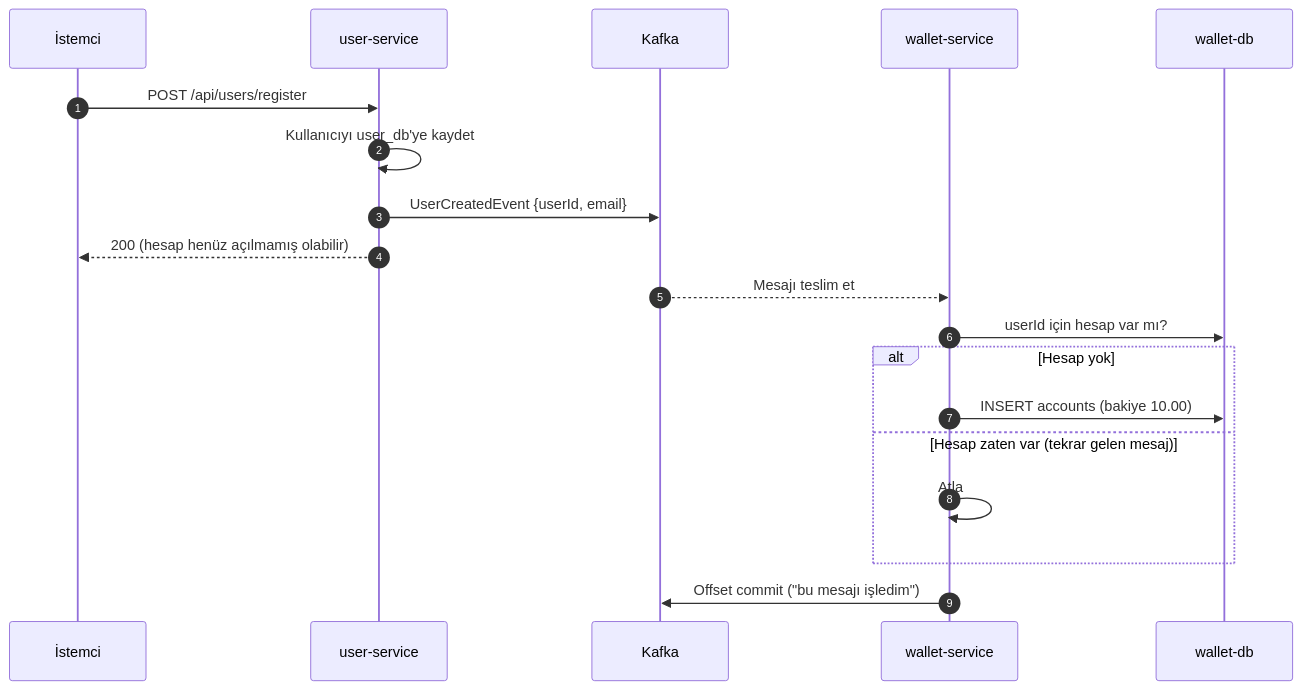
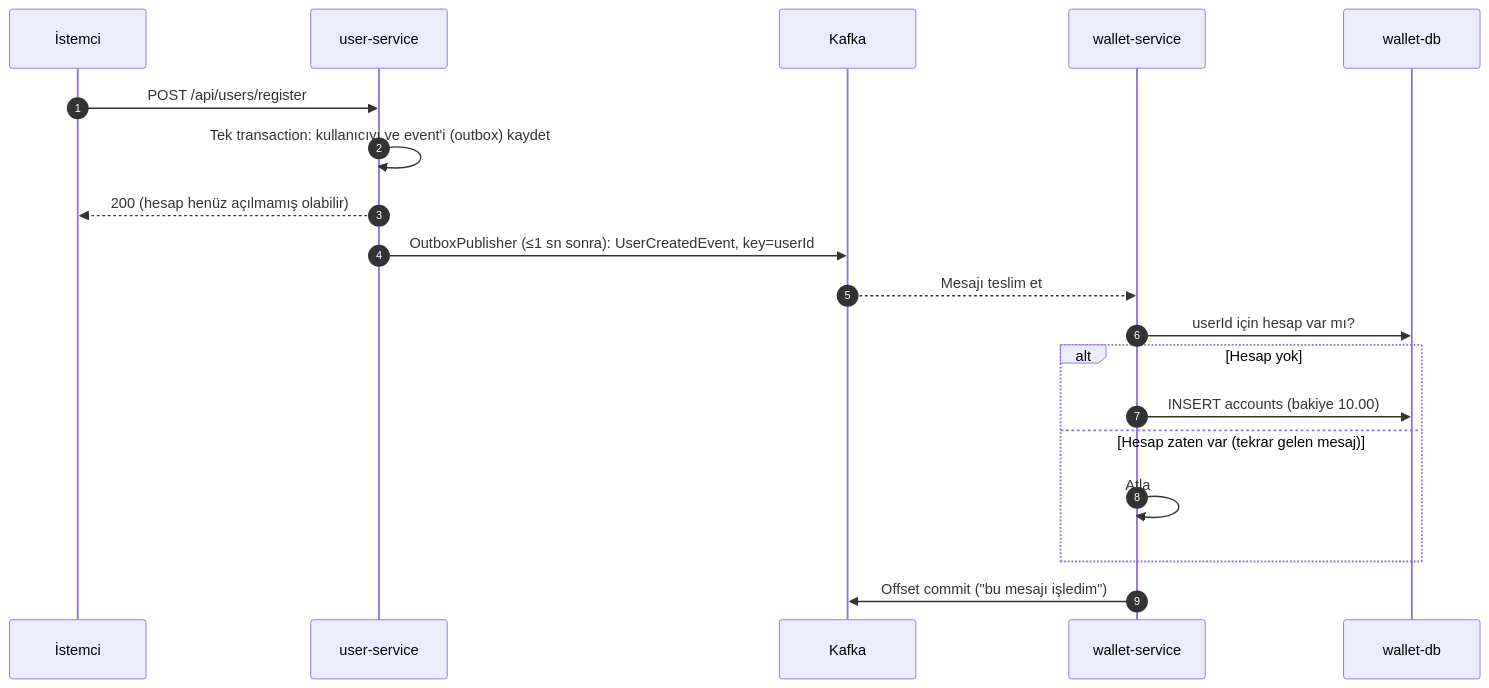
Before and after one commit to merveartut/microservice-wallet-spring: the second of 4 diagrams in docs/kafka-kilavuzu.md, drawn with Mermaid. The commit also changed other lines of this file and 5 other files, not shown here.

````diff
--- a/docs/kafka-kilavuzu.md
+++ b/docs/kafka-kilavuzu.md
@@ -81,22 +82,22 @@
 ```mermaid
 sequenceDiagram
     autonumber
     participant C as İstemci
     participant US as user-service
     participant K as Kafka
     participant WS as wallet-service
     participant DB as wallet-db
 
     C->>US: POST /api/users/register
-    US->>US: Kullanıcıyı user_db'ye kaydet
-    US->>K: UserCreatedEvent {userId, email}
+    US->>US: Tek transaction: kullanıcıyı ve event'i (outbox) kaydet
     US-->>C: 200 (hesap henüz açılmamış olabilir)
+    US->>K: OutboxPublisher (≤1 sn sonra): UserCreatedEvent, key=userId
     K-->>WS: Mesajı teslim et
     WS->>DB: userId için hesap var mı?
     alt Hesap yok
         WS->>DB: INSERT accounts (bakiye 10.00)
     else Hesap zaten var (tekrar gelen mesaj)
         WS->>WS: Atla
     end
     WS->>K: Offset commit ("bu mesajı işledim")
 ```
````
